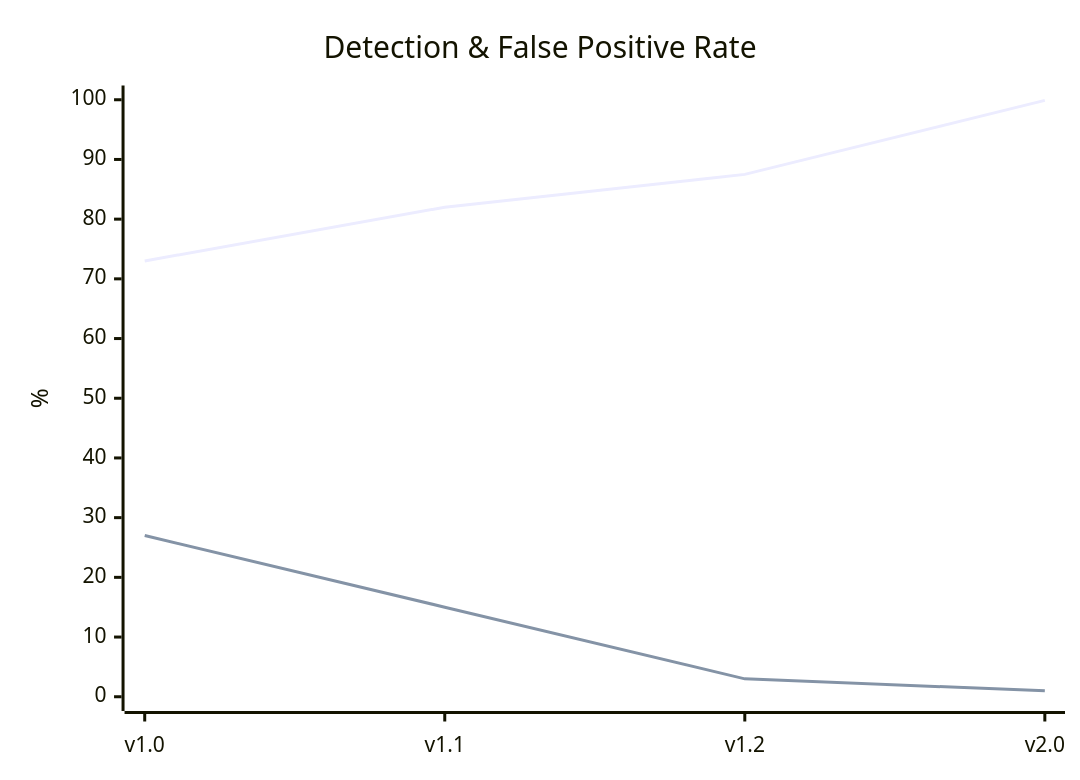
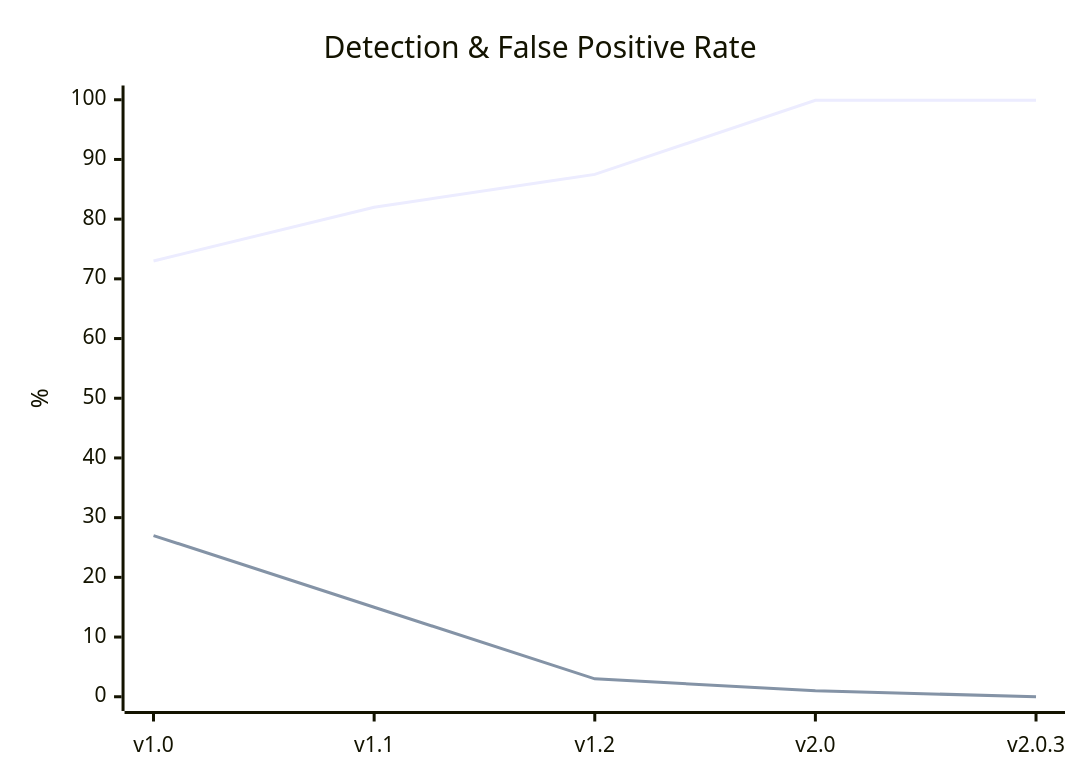
One commit to elementmerc/anya changed the diagram in README.md. Above: the diagram before and after it, drawn with Mermaid. The commit also changed other lines of this file and 10 other files, not shown here.

````diff
--- a/README.md
+++ b/README.md
@@ -122,8 +118,8 @@
 ```mermaid
 xychart-beta
     title "Detection & False Positive Rate"
-    x-axis ["v1.0", "v1.1", "v1.2", "v2.0"]
+    x-axis ["v1.0", "v1.1", "v1.2", "v2.0", "v2.0.3"]
     y-axis "%" 0 --> 100
-    line "Detection" [73.0, 82.0, 87.5, 99.9]
-    line "FP rate (x10)" [27.0, 15.0, 3.0, 1.0]
+    line "Detection" [73.0, 82.0, 87.5, 99.9, 99.9]
+    line "FP rate (x10)" [27.0, 15.0, 3.0, 1.0, 0.0]
 ```
````
